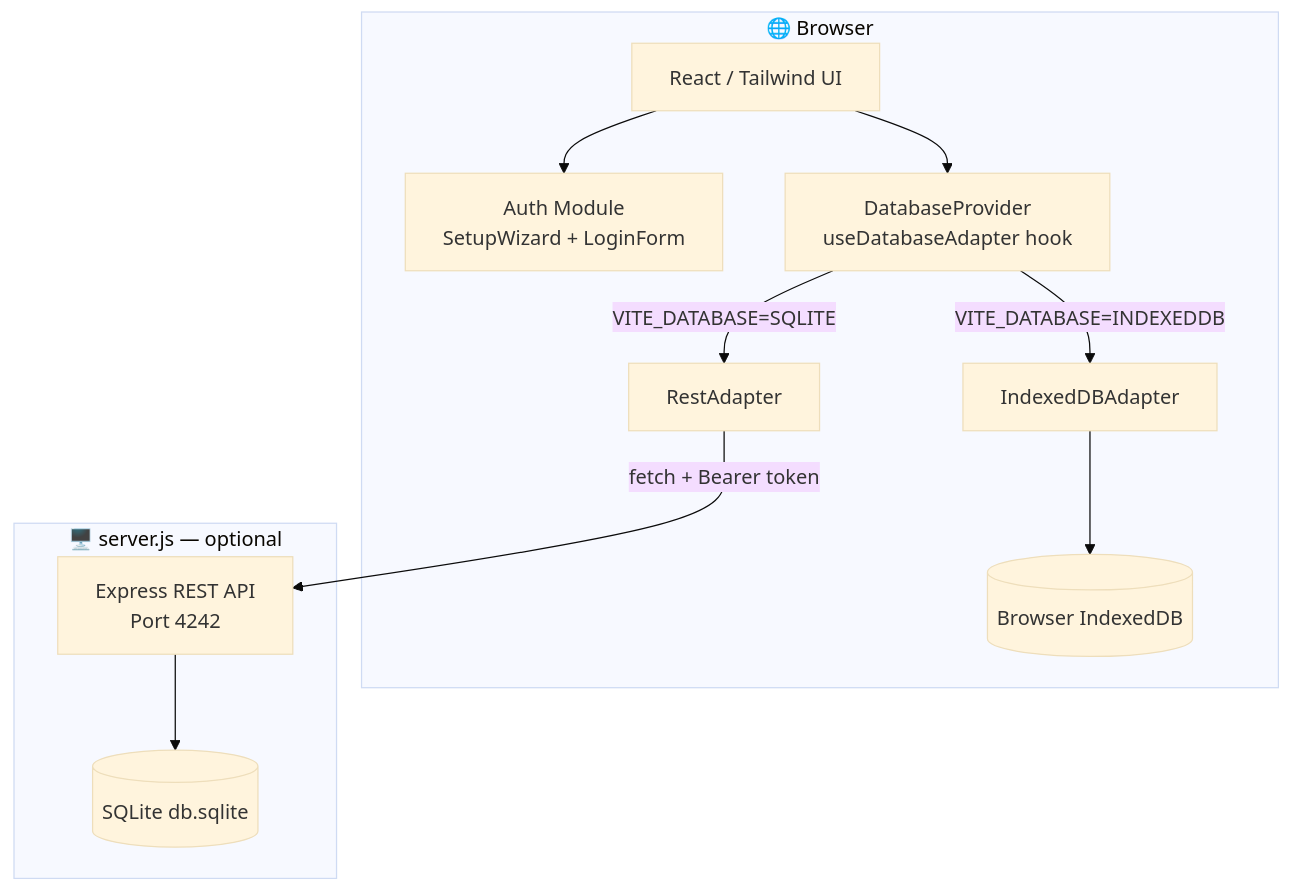
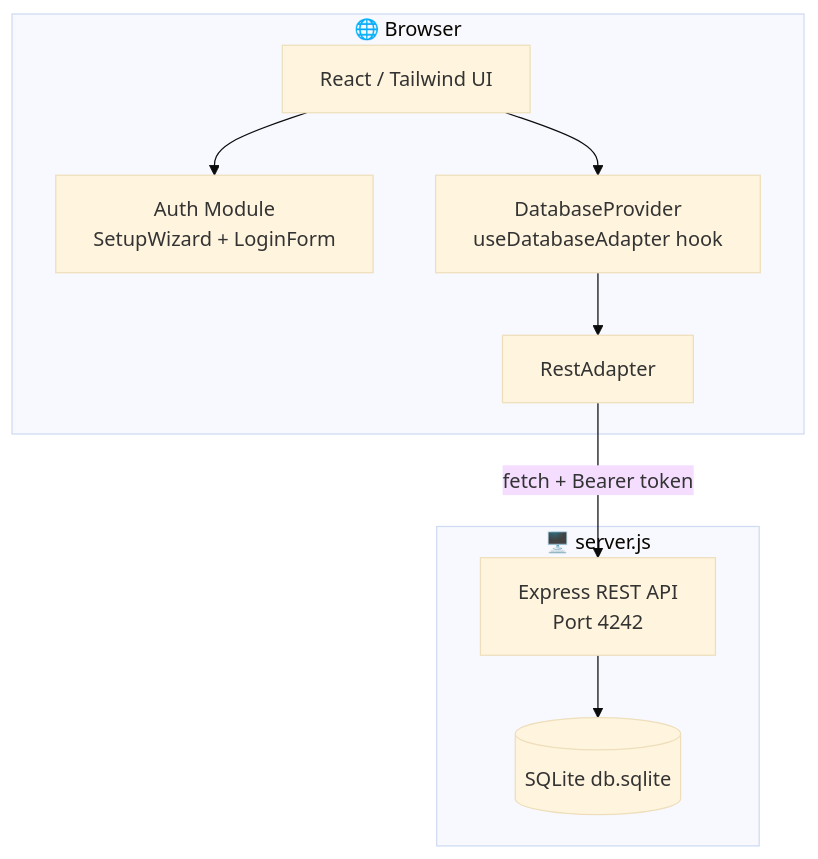
The diagram in README.md (acidgreenservers/ClawChives), drawn with Mermaid (base theme) before and after one commit. The commit also changed other lines of this file and 26 other files, not shown here.

````diff
--- a/README.md
+++ b/README.md
@@ -80,24 +65,20 @@
 ```mermaid
 graph TD
     subgraph Client ["🌐 Browser"]
         UI[React / Tailwind UI]
         Auth[Auth Module<br/>SetupWizard + LoginForm]
         Provider[DatabaseProvider<br/>useDatabaseAdapter hook]
-        IDB[IndexedDBAdapter]
         REST[RestAdapter]
-        IStore[(Browser IndexedDB)]
     end
 
-    subgraph Server ["🖥️ server.js — optional"]
+    subgraph Server ["🖥️ server.js"]
         API[Express REST API<br/>Port 4242]
         DB[(SQLite db.sqlite)]
     end
 
     UI --> Auth
     UI --> Provider
-    Provider -->|VITE_DATABASE=INDEXEDDB| IDB
-    Provider -->|VITE_DATABASE=SQLITE| REST
-    IDB --> IStore
+    Provider --> REST
     REST -->|fetch + Bearer token| API
     API --> DB
 ```
````
